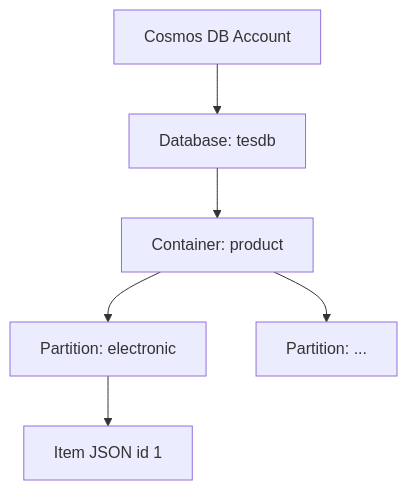
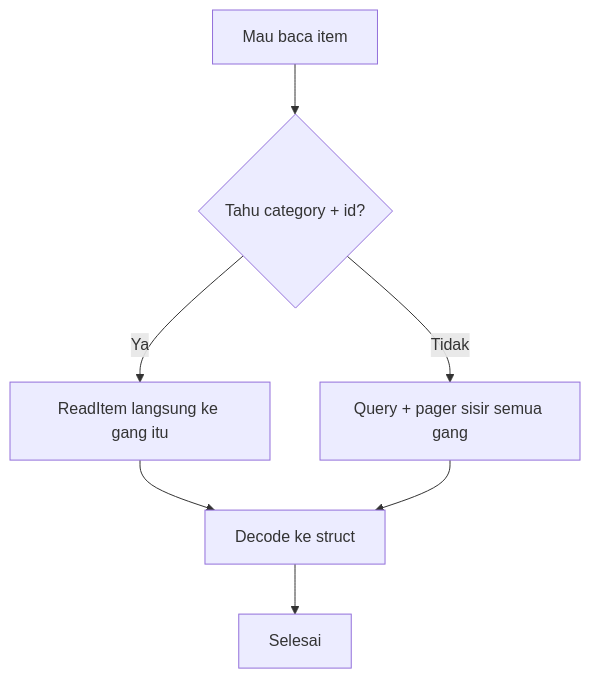
The diagram in Semester_5/Cloud Interfacing with Virtualization/Notion/05_Azure_Cosmos_DB.md (Zhvny/uni-project), drawn with Mermaid before and after one commit. The commit also changed other lines of this file and 86 other files, not shown here.

Commit message:
kuliah: tulis ulang 86 catatan Notion ke sintesis orisinal + bar visual (diagram valid, tanpa meta-teks)

````diff
--- a/Semester_5/Cloud Interfacing with Virtualization/Notion/05_Azure_Cosmos_DB.md
+++ b/Semester_5/Cloud Interfacing with Virtualization/Notion/05_Azure_Cosmos_DB.md
@@ -25,8 +28,9 @@
 ```mermaid
-graph TD
-    A[Cosmos DB Account] --> DB[Database: tesdb]
-    DB --> C[Container: product]
-    C --> P1[Partition: electronic]
-    C --> P2[Partition: ...]
-    P1 --> I[Item JSON id 1]
+flowchart TD
+    Q[Mau baca item] --> K{Tahu category + id?}
+    K -- Ya --> R[ReadItem langsung ke gang itu]
+    K -- Tidak --> S[Query + pager sisir semua gang]
+    R --> D[Decode ke struct]
+    S --> D
+    D --> E[Selesai]
 ```
````
